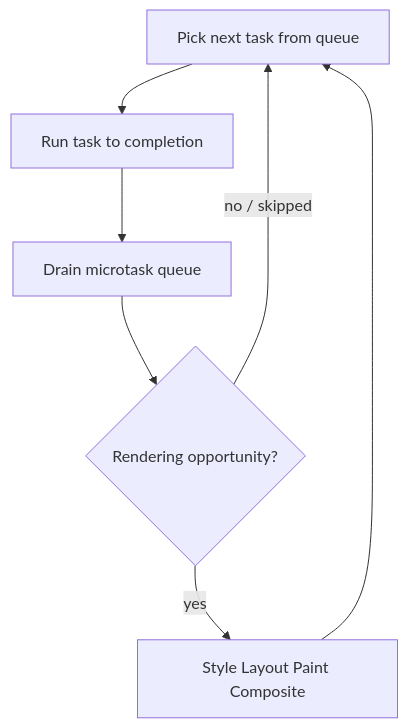
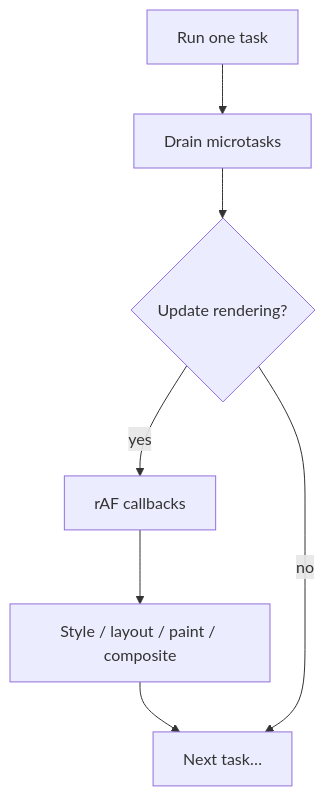
The second of 4 diagrams in docs/browser/03-event-loop.md (prajjwaljogdand/FullstackPreparation), drawn with Mermaid before and after one commit. The commit also changed other lines of this file and 91 other files, not shown here.

````diff
--- a/docs/browser/03-event-loop.md
+++ b/docs/browser/03-event-loop.md
@@ -9,9 +228,9 @@
 ```mermaid
 flowchart TB
-  Start[Pick next task from queue] --> Run[Run task to completion]
-  Run --> Micro[Drain microtask queue]
-  Micro --> Render{Rendering opportunity?}
-  Render -->|yes| Style[Style Layout Paint Composite]
-  Render -->|no / skipped| Start
-  Style --> Start
+  T["Run one task"] --> M["Drain microtasks"]
+  M --> R{"Update rendering?"}
+  R -->|yes| RAF["rAF callbacks"]
+  RAF --> Style["Style / layout / paint / composite"]
+  Style --> Next["Next task…"]
+  R -->|no| Next
 ```
````
